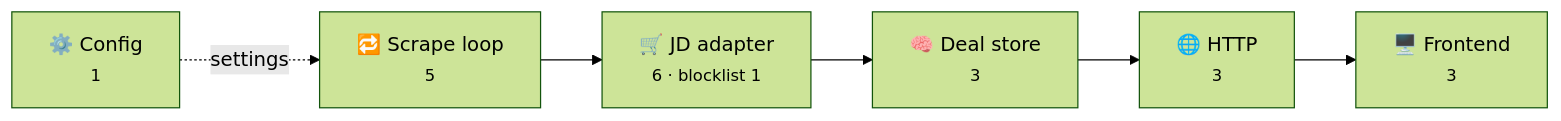
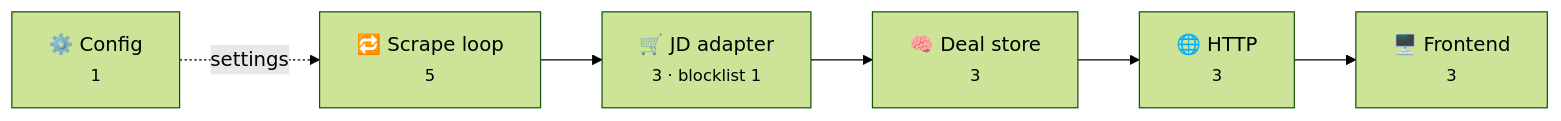
Before and after one commit to JahanU/bargain-web-scraper: the diagram in backend/CODE_REVIEW_FIXES.md, drawn with Mermaid (forest theme). The commit also changed other lines of this file and 4 other files, not shown here.

````diff
--- a/backend/CODE_REVIEW_FIXES.md
+++ b/backend/CODE_REVIEW_FIXES.md
@@ -9,6 +9,6 @@
 ```mermaid
 flowchart LR
     config["⚙️ Config<br/><small>1</small>"] -. settings .-> loop
-    loop["🔁 Scrape loop<br/><small>5</small>"] --> jd["🛒 JD adapter<br/><small>6 · blocklist 1</small>"]
+    loop["🔁 Scrape loop<br/><small>5</small>"] --> jd["🛒 JD adapter<br/><small>3 · blocklist 1</small>"]
     jd --> store["🧠 Deal store<br/><small>3</small>"] --> http["🌐 HTTP<br/><small>3</small>"] --> fe["🖥️ Frontend<br/><small>3</small>"]
 ```
````
